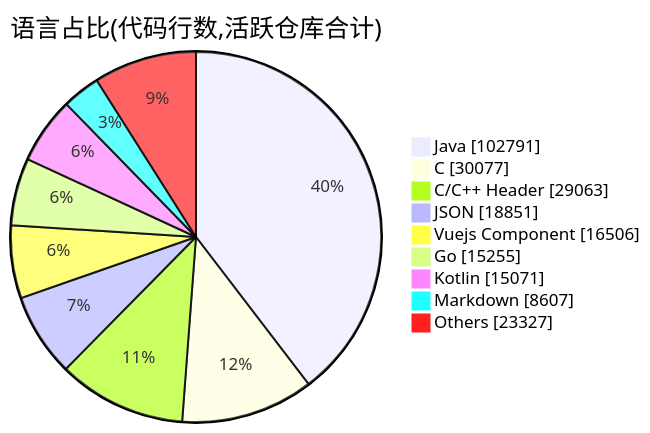
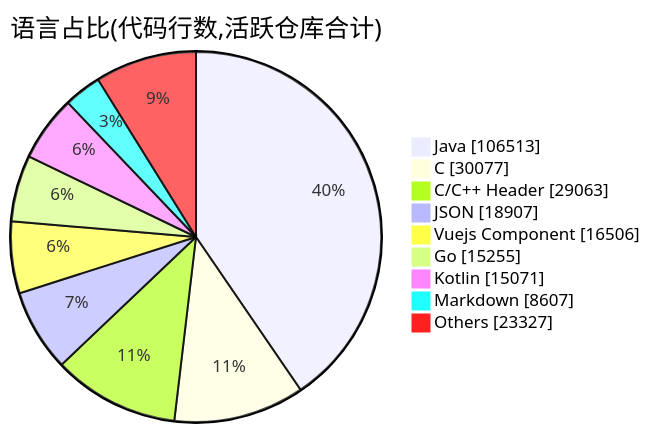
Before and after one commit to Conflux-Union/.github: the second of 2 diagrams in profile/README.md, drawn with Mermaid. The commit also changed other lines of this file and 1 other file, not shown here.

````diff
--- a/profile/README.md
+++ b/profile/README.md
@@ -77,13 +77,13 @@
 ```mermaid
 pie showData
     title 语言占比(代码行数,活跃仓库合计)
-    "Java" : 102791
+    "Java" : 106513
     "C" : 30077
     "C/C++ Header" : 29063
-    "JSON" : 18851
+    "JSON" : 18907
     "Vuejs Component" : 16506
     "Go" : 15255
     "Kotlin" : 15071
     "Markdown" : 8607
     "Others" : 23327
 ```
````
